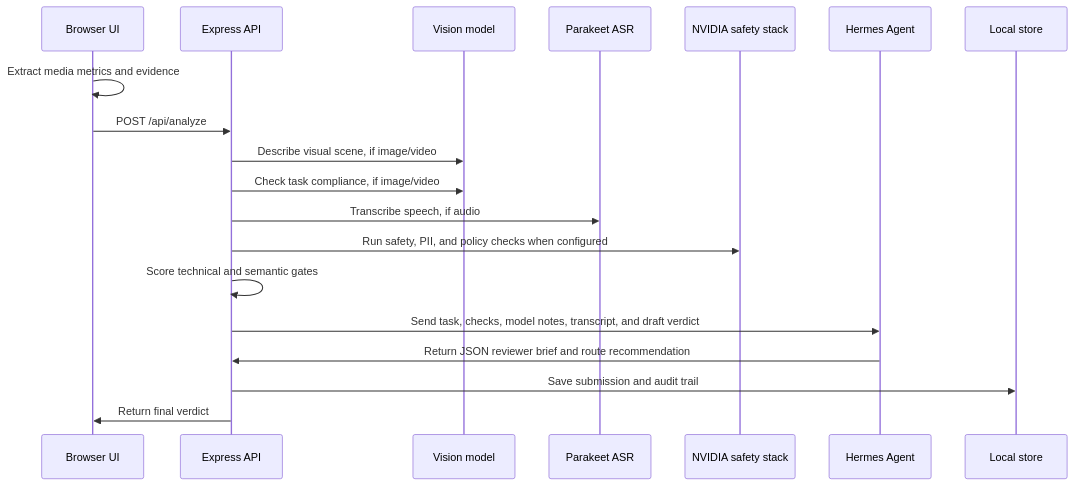
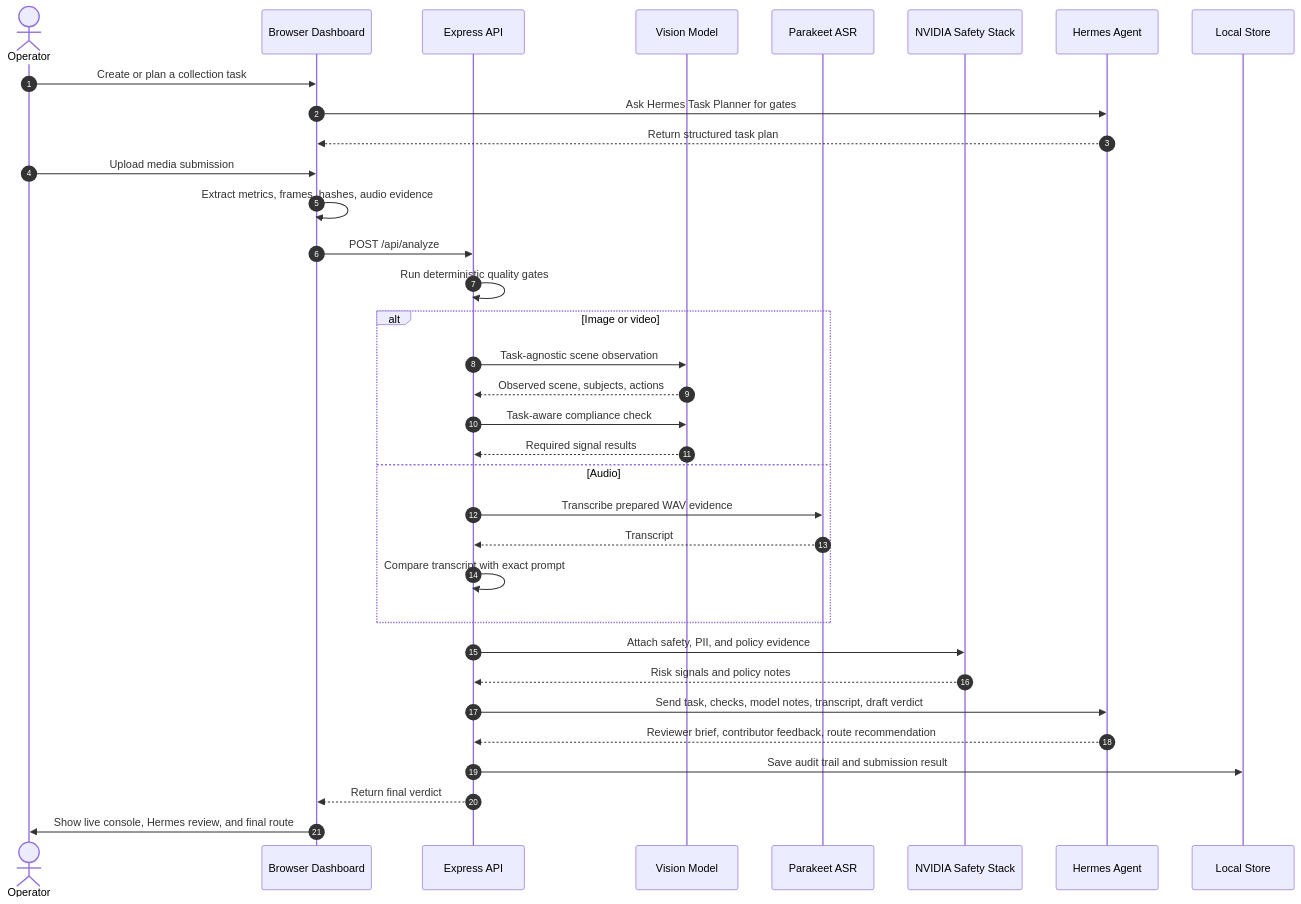
One commit to necoweb3/hermes-data-quality changed the second of 2 diagrams in README.md. Above: the diagram before and after it, drawn with Mermaid. The commit also changed other lines of this file, not shown here.

````diff
--- a/README.md
+++ b/README.md
@@ -85,22 +115,45 @@
 ```mermaid
 sequenceDiagram
-  participant UI as Browser UI
+  autonumber
+  actor Operator
+  participant UI as Browser Dashboard
   participant API as Express API
-  participant VLM as Vision model
+  participant Vision as Vision Model
   participant ASR as Parakeet ASR
-  participant NV as NVIDIA safety stack
-  participant H as Hermes Agent
-  participant Store as Local store
+  participant Safety as NVIDIA Safety Stack
+  participant Hermes as Hermes Agent
+  participant Store as Local Store
 
-  UI->>UI: Extract media metrics and evidence
+  Operator->>UI: Create or plan a collection task
+  UI->>Hermes: Ask Hermes Task Planner for gates
+  Hermes-->>UI: Return structured task plan
+
+  Operator->>UI: Upload media submission
+  UI->>UI: Extract metrics, frames, hashes, audio evidence
   UI->>API: POST /api/analyze
-  API->>VLM: Describe visual scene, if image/video
-  API->>VLM: Check task compliance, if image/video
-  API->>ASR: Transcribe speech, if audio
-  API->>NV: Run safety, PII, and policy checks when configured
-  API->>API: Score technical and semantic gates
-  API->>H: Send task, checks, model notes, transcript, and draft verdict
-  H->>API: Return JSON reviewer brief and route recommendation
-  API->>Store: Save submission and audit trail
-  API->>UI: Return final verdict
+
+  API->>API: Run deterministic quality gates
+
+  alt Image or video
+    API->>Vision: Task-agnostic scene observation
+    Vision-->>API: Observed scene, subjects, actions
+    API->>Vision: Task-aware compliance check
+    Vision-->>API: Required signal results
+  else Audio
+    API->>ASR: Transcribe prepared WAV evidence
+    ASR-->>API: Transcript
+    API->>API: Compare transcript with exact prompt
+  end
+
+  API->>Safety: Attach safety, PII, and policy evidence
+  Safety-->>API: Risk signals and policy notes
+
+  API->>Hermes: Send task, checks, model notes, transcript, draft verdict
+  Hermes-->>API: Reviewer brief, contributor feedback, route recommendation
+
+  API->>Store: Save audit trail and submission result
+  API-->>UI: Return final verdict
+
+  UI->>Operator: Show live console, Hermes review, and final route
+
 ```
````
